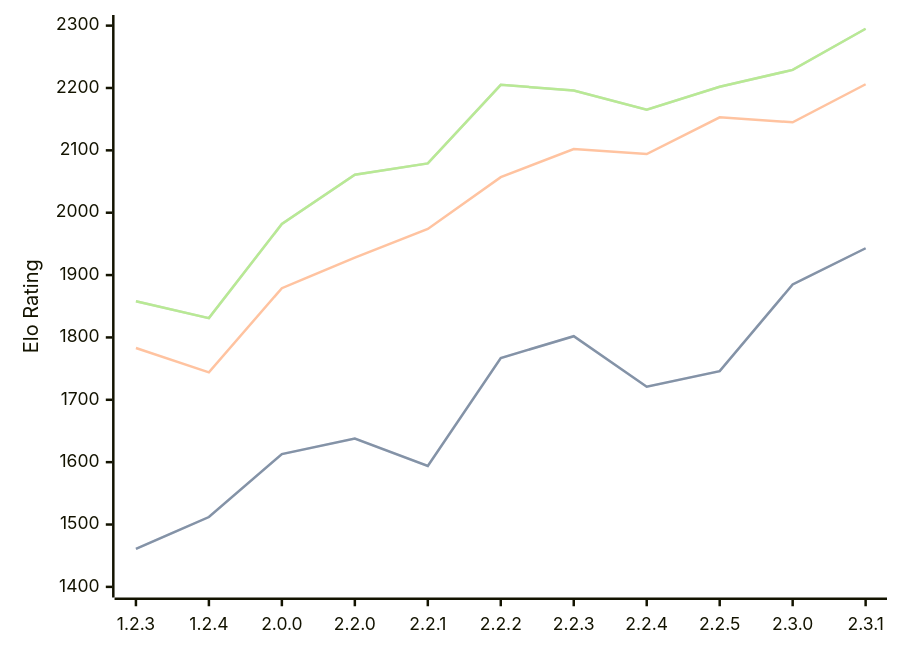
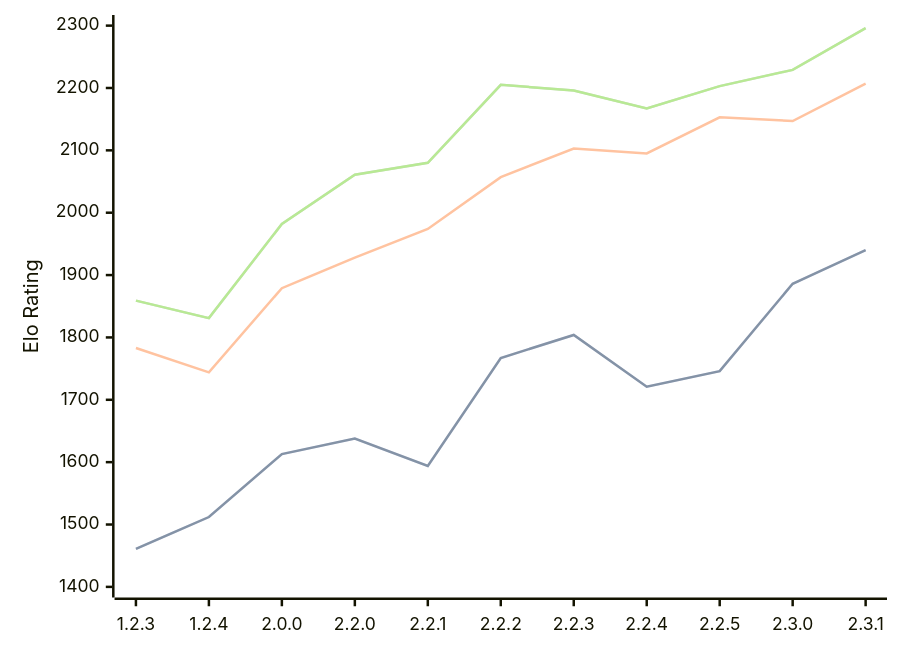
One commit to computer-chess-index/cci changed the diagram in engines/Kreveta.md. Above: the diagram before and after it, drawn with Mermaid. The commit also changed other lines of this file, not shown here.

Commit message:
Update CCI Ratings (ELO VLTC) - 2026-07-23

````diff
--- a/engines/Kreveta.md
+++ b/engines/Kreveta.md
@@ -43,11 +43,11 @@
 ```mermaid
 %%{init: {"theme":"base","themeVariables":{"seriesColors:['#a3a3a3','#222221','#faa371']}}}%%
 xychart-beta
   x-axis ["1.2.3", "1.2.4", "2.0.0", "2.2.0", "2.2.1", "2.2.2", "2.2.3", "2.2.4", "2.2.5", "2.3.0", "2.3.1"]
   y-axis "Elo Rating" 1400 --> 2300
-  line "STC (8.0+0.08s)" [1461, 1512, 1613, 1638, 1594, 1767, 1802, 1721, 1746, 1885, 1943]
-  line "STC (8.0+0.08s)" [1461, 1512, 1613, 1638, 1594, 1767, 1802, 1721, 1746, 1885, 1943]
-  line "LTC (60.0+0.60s)" [1783, 1744, 1879, 1928, 1974, 2057, 2102, 2094, 2153, 2145, 2206]
-  line "VLTC (2m24s+1.12s)" [1858, 1831, 1982, 2061, 2079, 2205, 2196, 2165, 2202, 2229, 2295]
-  line "VLTC (2m24s+1.12s)" [1858, 1831, 1982, 2061, 2079, 2205, 2196, 2165, 2202, 2229, 2295]
+  line "STC (8.0+0.08s)" [1461, 1512, 1613, 1638, 1594, 1767, 1804, 1721, 1746, 1886, 1940]
+  line "STC (8.0+0.08s)" [1461, 1512, 1613, 1638, 1594, 1767, 1804, 1721, 1746, 1886, 1940]
+  line "LTC (60.0+0.60s)" [1783, 1744, 1879, 1928, 1974, 2057, 2103, 2095, 2153, 2147, 2207]
+  line "VLTC (2m24s+1.12s)" [1859, 1831, 1982, 2061, 2080, 2205, 2196, 2167, 2203, 2229, 2296]
+  line "VLTC (2m24s+1.12s)" [1859, 1831, 1982, 2061, 2080, 2205, 2196, 2167, 2203, 2229, 2296]
 ```
````
